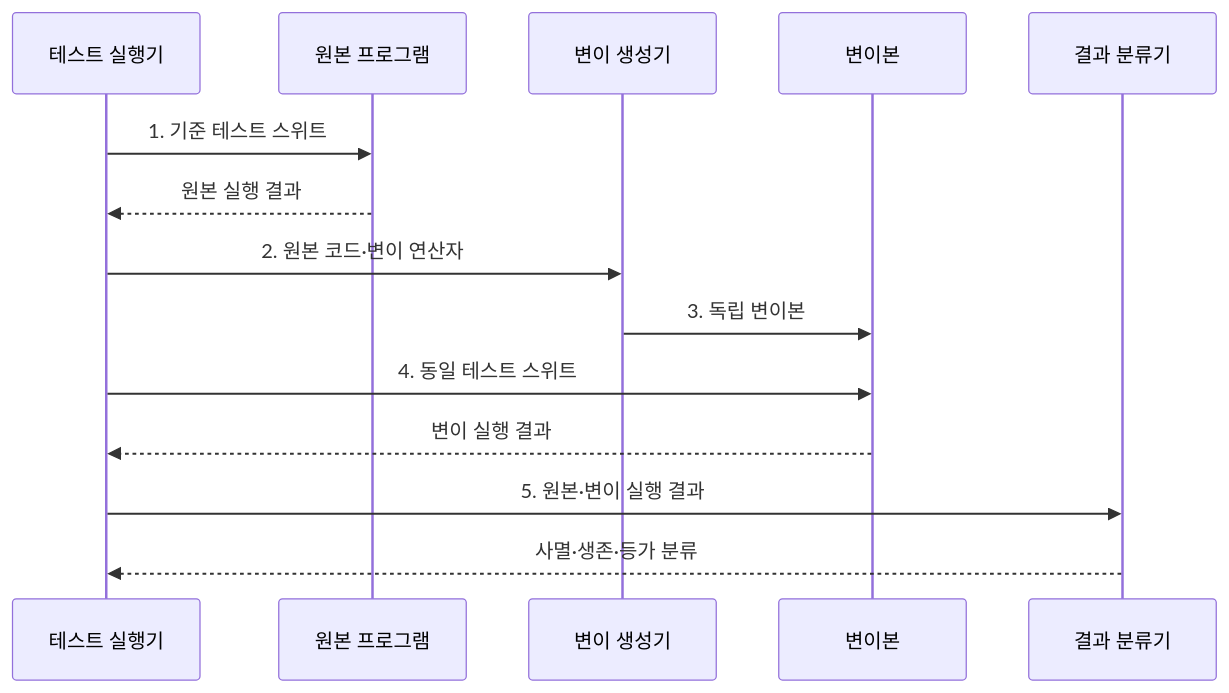
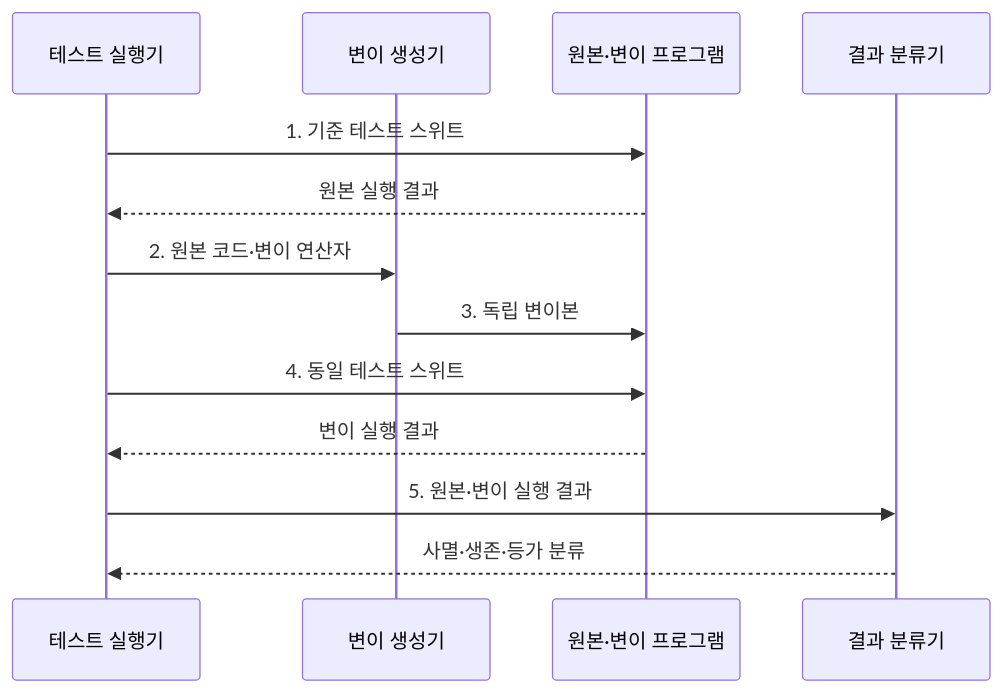
The second of 2 diagrams in src/content/docs/notes/03-software/061_mutation_testing.md (agnusdei1207/knowledge-base), drawn with Mermaid before and after one commit. The commit also changed 8 other files, not shown here.

Commit message:
Clarify software quality diagrams

````diff
--- a/src/content/docs/notes/03-software/061_mutation_testing.md
+++ b/src/content/docs/notes/03-software/061_mutation_testing.md
@@ -105,16 +105,15 @@
 ```mermaid
 sequenceDiagram
     participant R as 테스트 실행기
-    participant O as 원본 프로그램
     participant G as 변이 생성기
-    participant M as 변이본
+    participant P as 원본·변이 프로그램
     participant C as 결과 분류기
-    R->>O: 1. 기준 테스트 스위트
-    O-->>R: 원본 실행 결과
+    R->>P: 1. 기준 테스트 스위트
+    P-->>R: 원본 실행 결과
     R->>G: 2. 원본 코드·변이 연산자
-    G->>M: 3. 독립 변이본
-    R->>M: 4. 동일 테스트 스위트
-    M-->>R: 변이 실행 결과
+    G->>P: 3. 독립 변이본
+    R->>P: 4. 동일 테스트 스위트
+    P-->>R: 변이 실행 결과
     R->>C: 5. 원본·변이 실행 결과
     C-->>R: 사멸·생존·등가 분류
 ```
````
